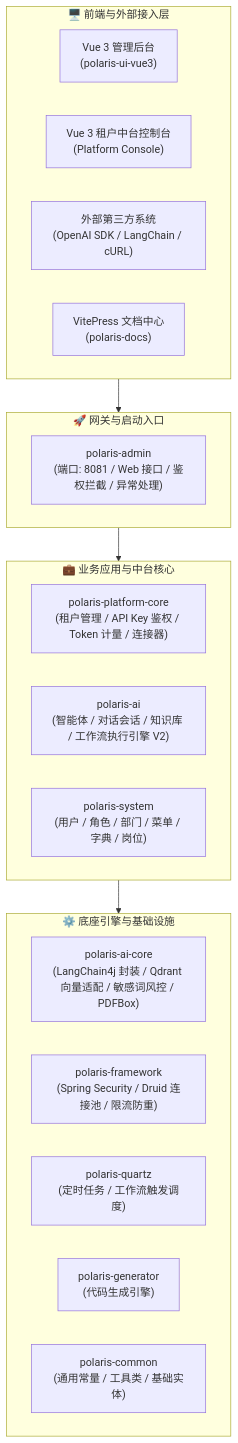
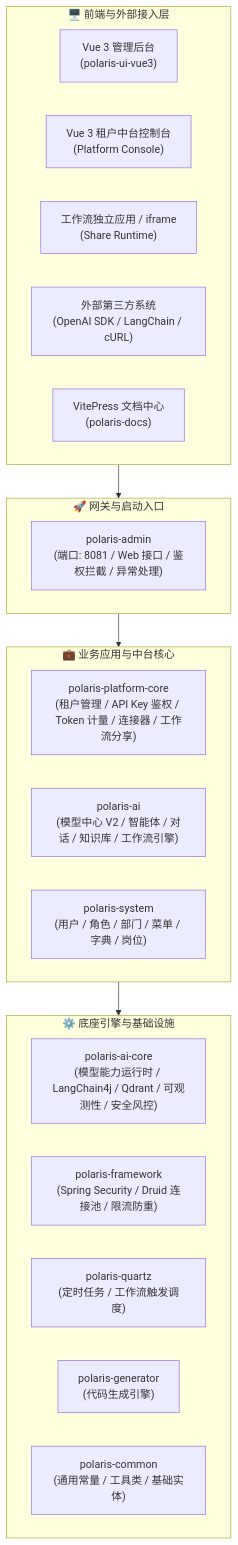
Before and after one commit to Li-Kui/Polaris-vue: the diagram in README.md, drawn with Mermaid. The commit also changed other lines of this file, not shown here.

````diff
--- a/README.md
+++ b/README.md
@@ -114,31 +120,32 @@
 ```mermaid
 flowchart TB
     subgraph Client ["🖥️ 前端与外部接入层"]
         WebAdmin["Vue 3 管理后台\n(polaris-ui-vue3)"]
         TenantConsole["Vue 3 租户中台控制台\n(Platform Console)"]
+        WorkflowApp["工作流独立应用 / iframe\n(Share Runtime)"]
         OpenApiClients["外部第三方系统\n(OpenAI SDK / LangChain / cURL)"]
         DocsSite["VitePress 文档中心\n(polaris-docs)"]
     end
 
     subgraph Entry ["🚀 网关与启动入口"]
         AdminModule["polaris-admin\n(端口: 8081 / Web 接口 / 鉴权拦截 / 异常处理)"]
     end
 
     subgraph Business ["💼 业务应用与中台核心"]
-        PlatformCore["polaris-platform-core\n(租户管理 / API Key 鉴权 / Token 计量 / 连接器)"]
-        AiModule["polaris-ai\n(智能体 / 对话会话 / 知识库 / 工作流执行引擎 V2)"]
+        PlatformCore["polaris-platform-core\n(租户管理 / API Key 鉴权 / Token 计量 / 连接器 / 工作流分享)"]
+        AiModule["polaris-ai\n(模型中心 V2 / 智能体 / 对话 / 知识库 / 工作流引擎)"]
         SystemModule["polaris-system\n(用户 / 角色 / 部门 / 菜单 / 字典 / 岗位)"]
     end
 
     subgraph Engine ["⚙️ 底座引擎与基础设施"]
-        AiCore["polaris-ai-core\n(LangChain4j 封装 / Qdrant 向量适配 / 敏感词风控 / PDFBox)"]
+        AiCore["polaris-ai-core\n(模型能力运行时 / LangChain4j / Qdrant / 可观测性 / 安全风控)"]
         FrameworkModule["polaris-framework\n(Spring Security / Druid 连接池 / 限流防重)"]
         QuartzModule["polaris-quartz\n(定时任务 / 工作流触发调度)"]
         GenModule["polaris-generator\n(代码生成引擎)"]
         CommonModule["polaris-common\n(通用常量 / 工具类 / 基础实体)"]
     end
 
     Client --> Entry
     Entry --> Business
     Business --> Engine
 ```
````
